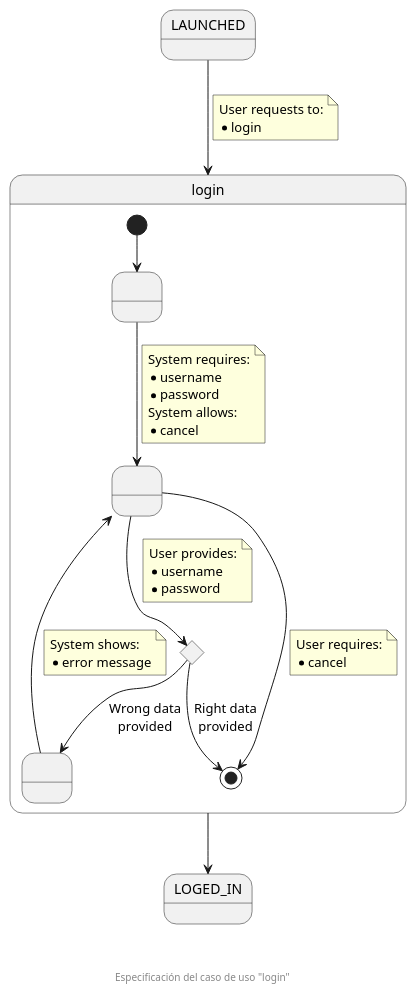
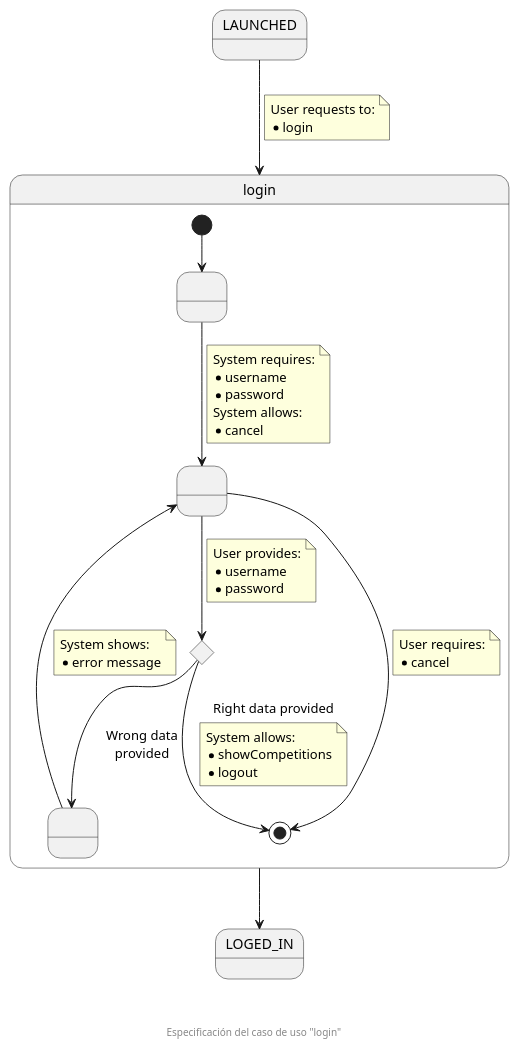
One commit to zuldare/mastercloud_pfm_halterocms changed the diagram in diagrams/useCasesSpecification/login.puml. Above: the diagram before and after it, drawn with PlantUML.

```diff
--- a/diagrams/useCasesSpecification/login.puml
+++ b/diagrams/useCasesSpecification/login.puml
@@ -1,47 +1,52 @@
 @startuml
 state login {
 
   state " " as start
   state " " as requiredData
   state " " as wrongData
   state " " as isValidDataCHC <<choice>>
   [*] --> start
   start --> requiredData
   note on link
     System requires:
     * username
     * password
     System allows:
     * cancel
   end note
   requiredData -->  isValidDataCHC
   note on link
     User provides:
     * username
     * password
   end note
   isValidDataCHC --> wrongData : Wrong data\nprovided
   wrongData --> requiredData
   note on link
     System shows:
     * error message
   end note
-  isValidDataCHC --> [*] : Right data\nprovided
+  isValidDataCHC --> [*] : Right data provided
+  note on link
+    System allows:
+    * showCompetitions
+    * logout
+  end note
   requiredData --> [*]
   note on link
     User requires:
     * cancel
   end note
 
 }
 state LOGED_IN
 
 LAUNCHED --> login
 note on link
   User requests to:
   * login
 end note
 login --> LOGED_IN
 
 footer \n\n\n Especificación del caso de uso "login"
 @enduml
```
